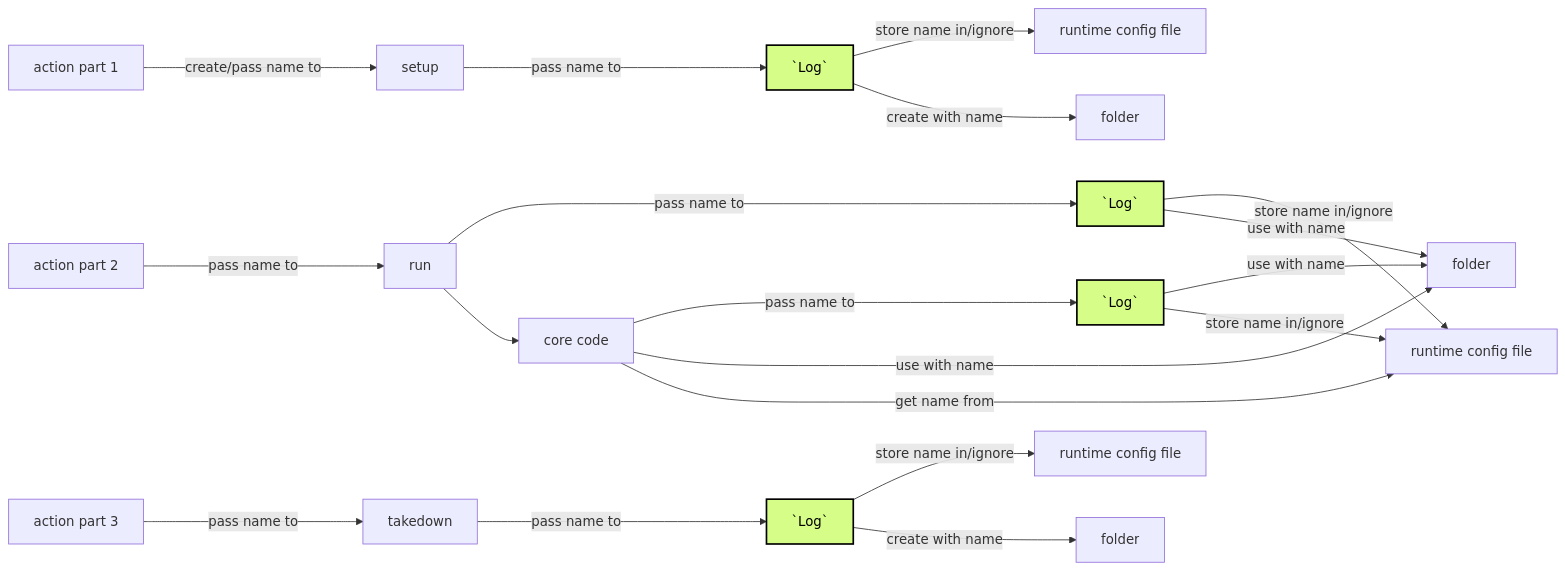
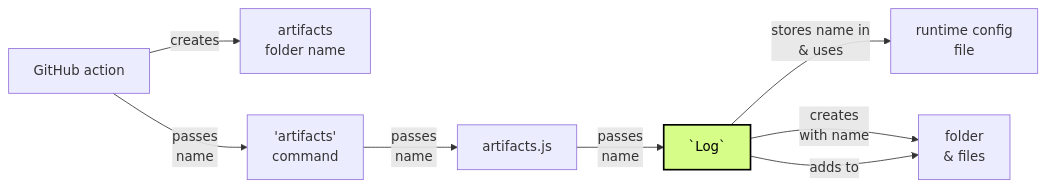
One commit to SuffolkLITLab/ALKiln changed the third of 8 diagrams in docs/artifacts_folder_name.md. Above: the diagram before and after it, drawn with Mermaid. The commit also changed other lines of this file and 1 other file, not shown here.

````diff
--- a/docs/artifacts_folder_name.md
+++ b/docs/artifacts_folder_name.md
@@ -50,27 +76,13 @@
 ```mermaid
-%% "pass name too" has 2 o's at the end because mermaid makes one of them disappear
+flowchart LR
 
-flowchart LR
-    action[action part 1] --create/pass name too--> setup
-    setup["setup"] --pass name too--> log1["#96;Log#96;"]:::log
-    log1 --store name in/ignore--> runtime1["runtime config file"]
-    log1 --create with name--> folder1[folder]
-
-    action2[action part 2] --pass name too--> run["run"]
-    run --pass name too--> log2["#96;Log#96;"]:::log
-    log2 --store name in/ignore--> runtime2["runtime config file"]
-    log2 --use with name--> folder2[folder]
-    run --> core["core code"]
-    core --pass name too--> log3["#96;Log#96;"]:::log
-    core --use with name--> folder2
-    core --get name from--> runtime2
-    log3 --use with name--> folder2
-    log3 --store name in/ignore--> runtime2
-
-    action3[action part 3] --pass name too--> takedown["takedown"]
-    takedown --pass name too--> log4["#96;Log#96;"]:::log
-    log4 --store name in/ignore--> runtime3["runtime config file"]
-    log4 --create with name--> folder5[folder]
+    action["GitHub action"] --creates--> name["artifacts</br>folder name"]
+    action --"passes</br>name "--> command["'artifacts'</br>command"]
+    command --"passes</br>name"--> artifacts["artifacts.js"]
+    artifacts --"passes</br>name"--> log1["#96;Log#96;"]:::log
+    log1 --"stores name in</br>& uses"--> runtime1["runtime config</br>file"]
+    log1 --"creates</br>with name"--> folder1["folder</br>& files"]
+    log1 --"adds to"--> folder1
 
 classDef log fill:#d6fd88,stroke:#000,stroke-width:2px,color:#000
 ```
````
